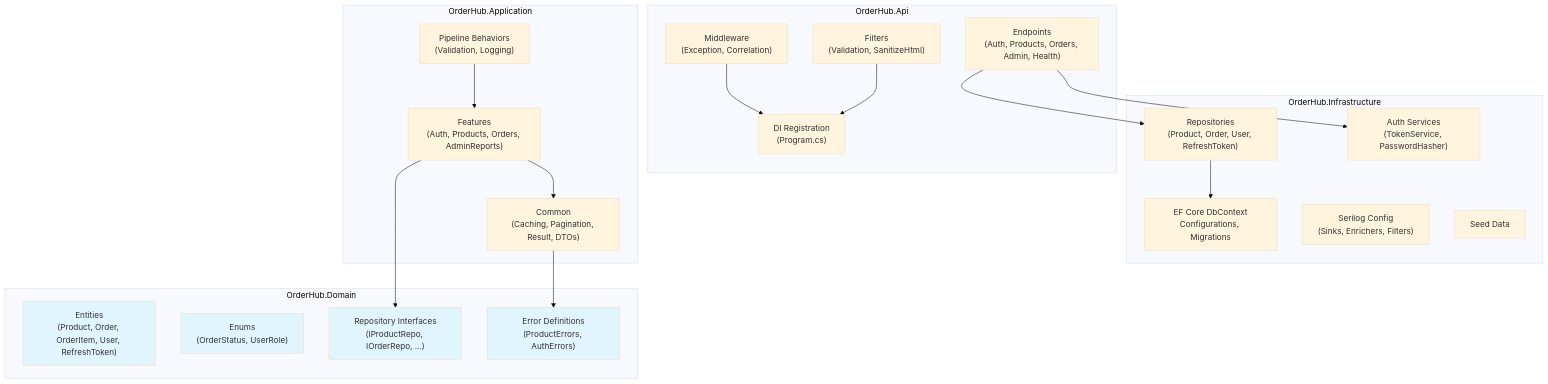
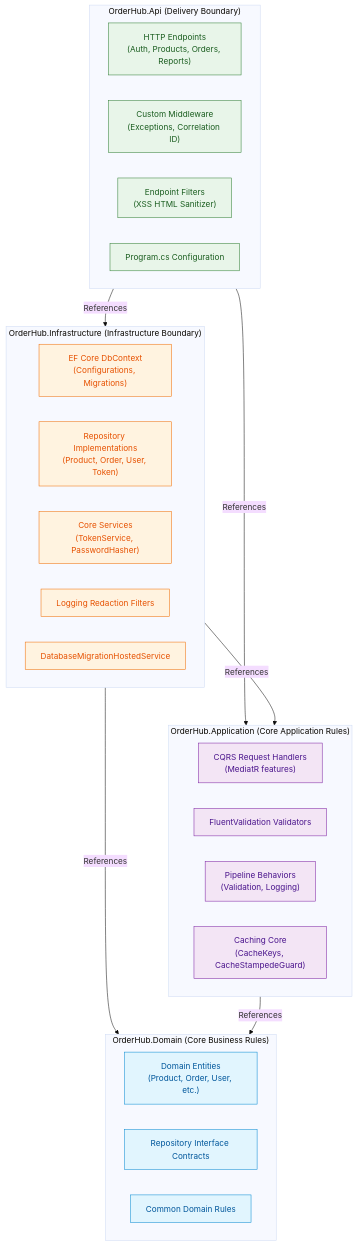
Before and after one commit to datngw/OrderHub: the second of 2 diagrams in docs/docusaurus/docs/architecture/05-building-blocks.md, drawn with Mermaid (base theme). The commit also changed other lines of this file and 28 other files, not shown here.

Commit message:
docs: Rewrite arc42 architecture docs and consolidate ADRs

````diff
--- a/docs/docusaurus/docs/architecture/05-building-blocks.md
+++ b/docs/docusaurus/docs/architecture/05-building-blocks.md
@@ -22,45 +37,47 @@
 ```mermaid
 graph TB
-    subgraph "OrderHub.Api"
-        Endpoints["Endpoints<br/>(Auth, Products, Orders, Admin, Health)"]
-        Middleware["Middleware<br/>(Exception, Correlation)"]
-        Filters["Filters<br/>(Validation, SanitizeHtml)"]
-        DI["DI Registration<br/>(Program.cs)"]
+    subgraph API_Project ["OrderHub.Api (Delivery Boundary)"]
+        Endpoints["HTTP Endpoints<br/>(Auth, Products, Orders, Reports)"]
+        Middleware["Custom Middleware<br/>(Exceptions, Correlation ID)"]
+        Filters["Endpoint Filters<br/>(XSS HTML Sanitizer)"]
+        Startup["Program.cs Configuration"]
     end
 
-    subgraph "OrderHub.Infrastructure"
-        EF["EF Core DbContext<br/>Configurations, Migrations"]
-        Repos["Repositories<br/>(Product, Order, User, RefreshToken)"]
-        Auth["Auth Services<br/>(TokenService, PasswordHasher)"]
-        Serilog["Serilog Config<br/>(Sinks, Enrichers, Filters)"]
-        Seed["Seed Data"]
+    subgraph Infra_Project ["OrderHub.Infrastructure (Infrastructure Boundary)"]
+        DbContext["EF Core DbContext<br/>(Configurations, Migrations)"]
+        Repos["Repository Implementations<br/>(Product, Order, User, Token)"]
+        Services["Core Services<br/>(TokenService, PasswordHasher)"]
+        LogPol["Logging Redaction Filters"]
+        BgService["DatabaseMigrationHostedService"]
     end
 
-    subgraph "OrderHub.Application"
-        Features["Features<br/>(Auth, Products, Orders, AdminReports)"]
+    subgraph App_Project ["OrderHub.Application (Core Application Rules)"]
+        Handlers["CQRS Request Handlers<br/>(MediatR features)"]
+        Val["FluentValidation Validators"]
         Behaviors["Pipeline Behaviors<br/>(Validation, Logging)"]
-        Common["Common<br/>(Caching, Pagination, Result, DTOs)"]
+        Caching["Caching Core<br/>(CacheKeys, CacheStampedeGuard)"]
     end
 
-    subgraph "OrderHub.Domain"
-        Entities["Entities<br/>(Product, Order, OrderItem, User, RefreshToken)"]
-        Enums["Enums<br/>(OrderStatus, UserRole)"]
-        Interfaces["Repository Interfaces<br/>(IProductRepo, IOrderRepo, ...)"]
-        Errors["Error Definitions<br/>(ProductErrors, AuthErrors)"]
+    subgraph Domain_Project ["OrderHub.Domain (Core Business Rules)"]
+        Entities["Domain Entities<br/>(Product, Order, User, etc.)"]
+        RepoIntf["Repository Interface Contracts"]
+        ValueObjects["Common Domain Rules"]
     end
 
-    Endpoints --> Repos
-    Endpoints --> Auth
-    Middleware --> DI
-    Filters --> DI
-    Repos --> EF
-    Features --> Interfaces
-    Features --> Common
-    Behaviors --> Features
-    Common --> Errors
+    %% Dependency references
+    API_Project -->|"References"| Infra_Project
+    API_Project -->|"References"| App_Project
+    Infra_Project -->|"References"| App_Project
+    Infra_Project -->|"References"| Domain_Project
+    App_Project -->|"References"| Domain_Project
 
-    style Entities fill:#e1f5fe
-    style Enums fill:#e1f5fe
-    style Interfaces fill:#e1f5fe
-    style Errors fill:#e1f5fe
+    classDef domain fill:#e1f5fe,stroke:#0288d1,color:#01579b;
+    classDef app fill:#f3e5f5,stroke:#7b1fa2,color:#4a148c;
+    classDef infra fill:#fff3e0,stroke:#ef6c00,color:#e65100;
+    classDef api fill:#e8f5e9,stroke:#2e7d32,color:#1b5e20;
+
+    class Entities,RepoIntf,ValueObjects domain;
+    class Handlers,Val,Behaviors,Caching app;
+    class DbContext,Repos,Services,LogPol,BgService infra;
+    class Endpoints,Middleware,Filters,Startup api;
 ```
````
